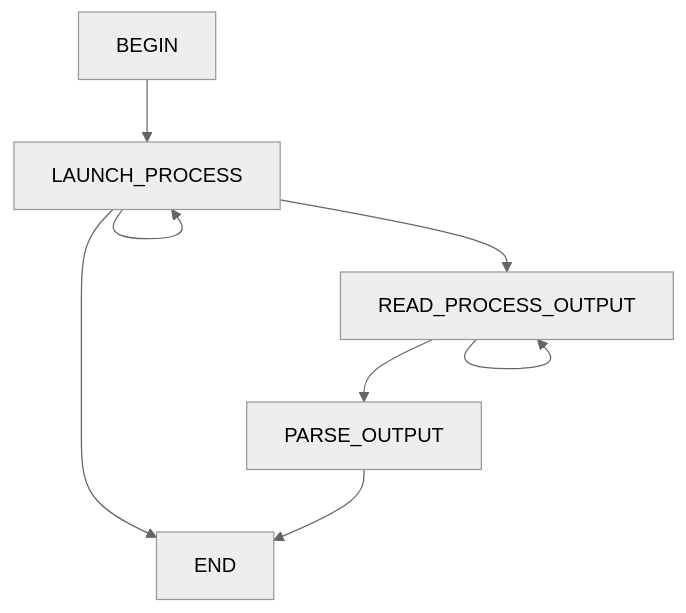
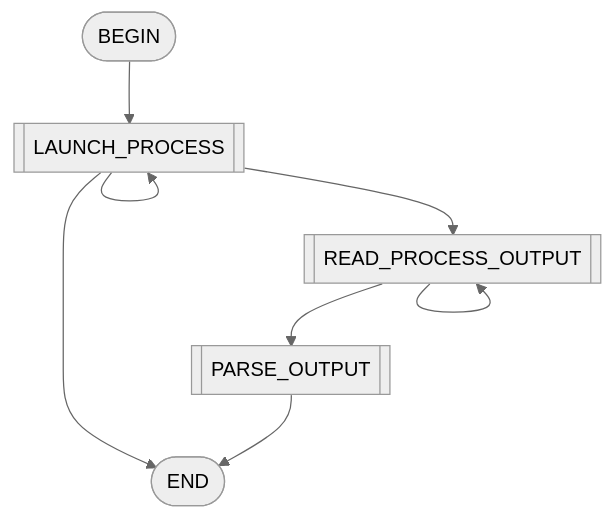
One commit to flower-org/HeliumIngestor changed the fourth of 8 diagrams in README.md. Above: the diagram before and after it, drawn with Mermaid (neutral theme). The commit also changed other lines of this file and 1 other file, not shown here.

Commit message:
Mermaid diagrams auto-gen updates

````diff
--- a/README.md
+++ b/README.md
@@ -69,15 +58,15 @@
 ```mermaid
-graph
-BEGIN
-END
-LAUNCH_PROCESS
-BEGIN --> LAUNCH_PROCESS
-LAUNCH_PROCESS --> LAUNCH_PROCESS
-LAUNCH_PROCESS --> READ_PROCESS_OUTPUT
-LAUNCH_PROCESS --> END
-READ_PROCESS_OUTPUT
-READ_PROCESS_OUTPUT --> READ_PROCESS_OUTPUT
-READ_PROCESS_OUTPUT --> PARSE_OUTPUT
-PARSE_OUTPUT
-PARSE_OUTPUT --> END
+flowchart
+BEGIN([BEGIN])
+END([END])
+LAUNCH_PROCESS[[LAUNCH_PROCESS]]
+BEGIN([BEGIN]) --> LAUNCH_PROCESS[[LAUNCH_PROCESS]]
+LAUNCH_PROCESS --> LAUNCH_PROCESS[[LAUNCH_PROCESS]]
+LAUNCH_PROCESS --> READ_PROCESS_OUTPUT[[READ_PROCESS_OUTPUT]]
+LAUNCH_PROCESS --> END([END])
+READ_PROCESS_OUTPUT[[READ_PROCESS_OUTPUT]]
+READ_PROCESS_OUTPUT --> READ_PROCESS_OUTPUT[[READ_PROCESS_OUTPUT]]
+READ_PROCESS_OUTPUT --> PARSE_OUTPUT[[PARSE_OUTPUT]]
+PARSE_OUTPUT[[PARSE_OUTPUT]]
+PARSE_OUTPUT --> END([END])
 ```
````
